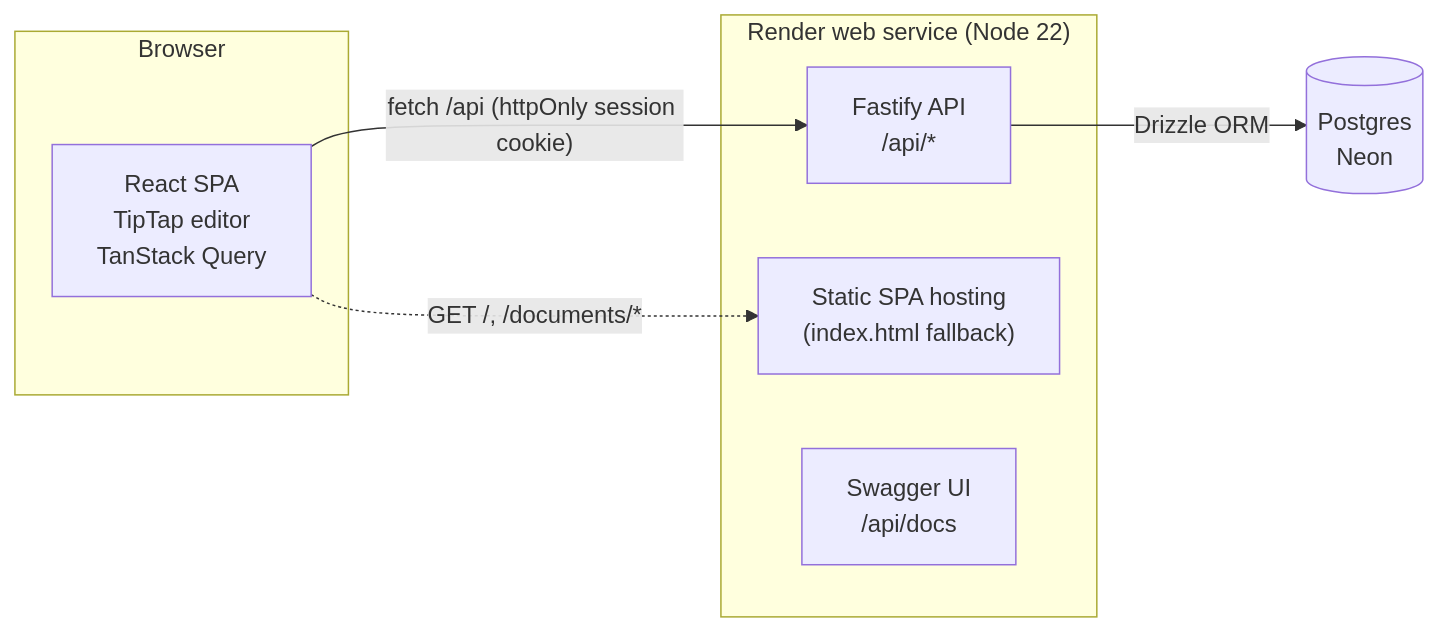
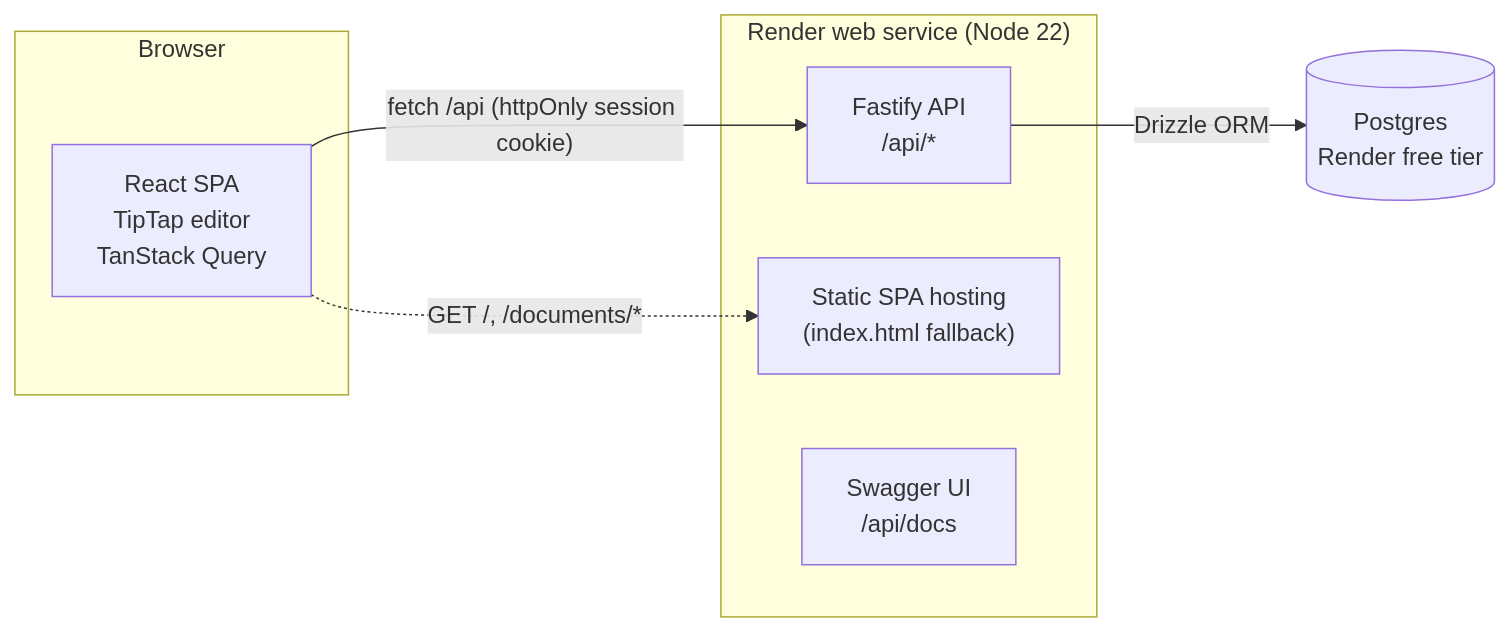
Before and after one commit to Warphn/ajaia-docs-editor: the diagram in docs/architecture.md, drawn with Mermaid. The commit also changed 4 other files, not shown here.

First line of the commit message:
chore(deploy): provision Render Postgres from the blueprint instead of external Neon

````diff
--- a/docs/architecture.md
+++ b/docs/architecture.md
@@ -18,16 +18,16 @@
 ```mermaid
 flowchart LR
   subgraph Browser
     SPA["React SPA<br/>TipTap editor<br/>TanStack Query"]
   end
   subgraph Render["Render web service (Node 22)"]
     Fastify["Fastify API<br/>/api/*"]
     Static["Static SPA hosting<br/>(index.html fallback)"]
     Swagger["Swagger UI<br/>/api/docs"]
   end
-  DB[("Postgres<br/>Neon")]
+  DB[("Postgres<br/>Render free tier")]
 
   SPA -- "fetch /api (httpOnly session cookie)" --> Fastify
   SPA -. "GET /, /documents/*" .-> Static
   Fastify -- Drizzle ORM --> DB
 ```
````
